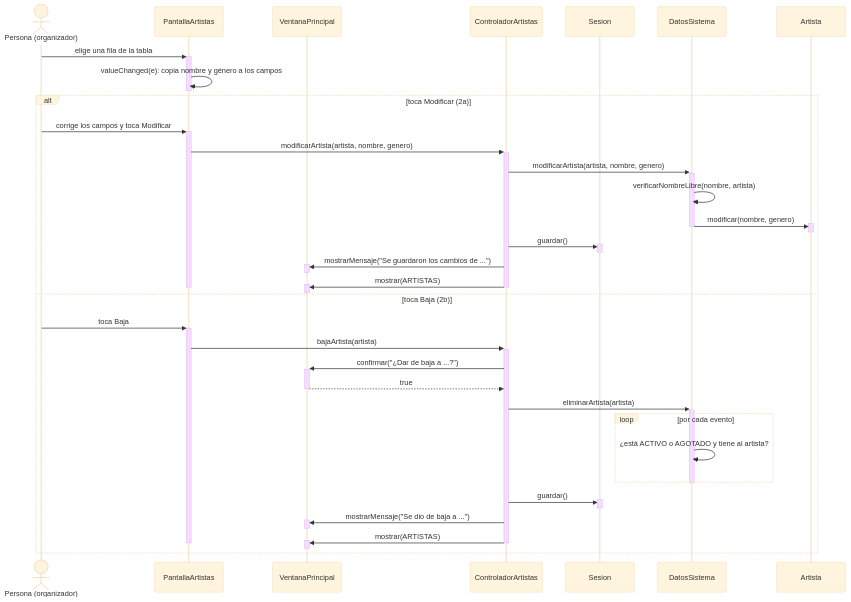
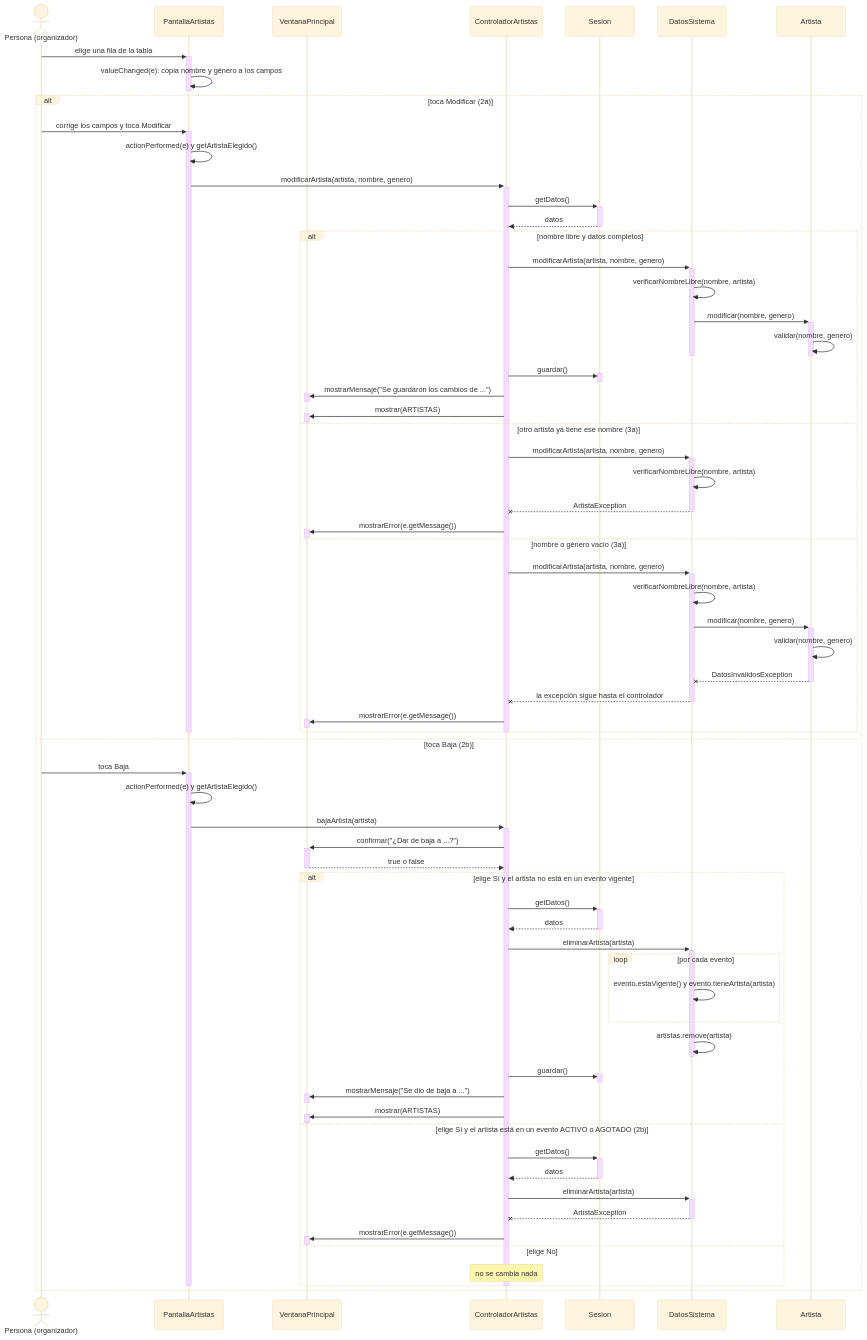
One commit to AgustinSimonenco/gestion-eventos-musicales changed the second of 2 diagrams in docs/diseno/secuencias/CU15-gestionar-artistas.md. Above: the diagram before and after it, drawn with Mermaid (base theme). The commit also changed 11 other files, not shown here.

First line of the commit message:
Diagramas: cruce completo con el codigo y correcciones

```diff
--- a/docs/diseno/secuencias/CU15-gestionar-artistas.md
+++ b/docs/diseno/secuencias/CU15-gestionar-artistas.md
@@ -78,36 +78,72 @@
 
     alt toca Modificar (2a)
         O->>+P: corrige los campos y toca Modificar
+        P->>P: actionPerformed(e) y getArtistaElegido()
         P->>+C: modificarArtista(artista, nombre, genero)
-        C->>+D: modificarArtista(artista, nombre, genero)
-        D->>D: verificarNombreLibre(nombre, artista)
-        D->>+A: modificar(nombre, genero)
-        deactivate A
-        deactivate D
-        C->>+S: guardar()
-        deactivate S
-        C->>+V: mostrarMensaje("Se guardaron los cambios de ...")
-        deactivate V
-        C->>+V: mostrar(ARTISTAS)
-        deactivate V
+        C->>+S: getDatos()
+        S-->>-C: datos
+        alt nombre libre y datos completos
+            C->>+D: modificarArtista(artista, nombre, genero)
+            D->>D: verificarNombreLibre(nombre, artista)
+            D->>+A: modificar(nombre, genero)
+            A->>A: validar(nombre, genero)
+            deactivate A
+            deactivate D
+            C->>+S: guardar()
+            deactivate S
+            C->>+V: mostrarMensaje("Se guardaron los cambios de ...")
+            deactivate V
+            C->>+V: mostrar(ARTISTAS)
+            deactivate V
+        else otro artista ya tiene ese nombre (3a)
+            C->>+D: modificarArtista(artista, nombre, genero)
+            D->>D: verificarNombreLibre(nombre, artista)
+            D--x-C: ArtistaException
+            C->>+V: mostrarError(e.getMessage())
+            deactivate V
+        else nombre o género vacío (3a)
+            C->>+D: modificarArtista(artista, nombre, genero)
+            D->>D: verificarNombreLibre(nombre, artista)
+            D->>+A: modificar(nombre, genero)
+            A->>A: validar(nombre, genero)
+            A--x-D: DatosInvalidosException
+            D--x-C: la excepción sigue hasta el controlador
+            C->>+V: mostrarError(e.getMessage())
+            deactivate V
+        end
         deactivate C
         deactivate P
     else toca Baja (2b)
         O->>+P: toca Baja
+        P->>P: actionPerformed(e) y getArtistaElegido()
         P->>+C: bajaArtista(artista)
         C->>+V: confirmar("¿Dar de baja a ...?")
-        V-->>-C: true
-        C->>+D: eliminarArtista(artista)
-        loop por cada evento
-            D->>D: ¿está ACTIVO o AGOTADO y tiene al artista?
+        V-->>-C: true o false
+        alt elige Sí y el artista no está en un evento vigente
+            C->>+S: getDatos()
+            S-->>-C: datos
+            C->>+D: eliminarArtista(artista)
+            loop por cada evento
+                D->>D: evento.estaVigente() y evento.tieneArtista(artista)
+            end
+            D->>D: artistas.remove(artista)
+            deactivate D
+            C->>+S: guardar()
+            deactivate S
+            C->>+V: mostrarMensaje("Se dio de baja a ...")
+            deactivate V
+            C->>+V: mostrar(ARTISTAS)
+            deactivate V
+        else elige Sí y el artista está en un evento ACTIVO o AGOTADO (2b)
+            C->>+S: getDatos()
+            S-->>-C: datos
+            C->>+D: eliminarArtista(artista)
+            D--x-C: ArtistaException
+            C->>+V: mostrarError(e.getMessage())
+            deactivate V
+        else elige No
+            Note over C: no se cambia nada
         end
-        deactivate D
-        C->>+S: guardar()
-        deactivate S
-        C->>+V: mostrarMensaje("Se dio de baja a ...")
-        deactivate V
-        C->>+V: mostrar(ARTISTAS)
-        deactivate V
         deactivate C
         deactivate P
     end
```
